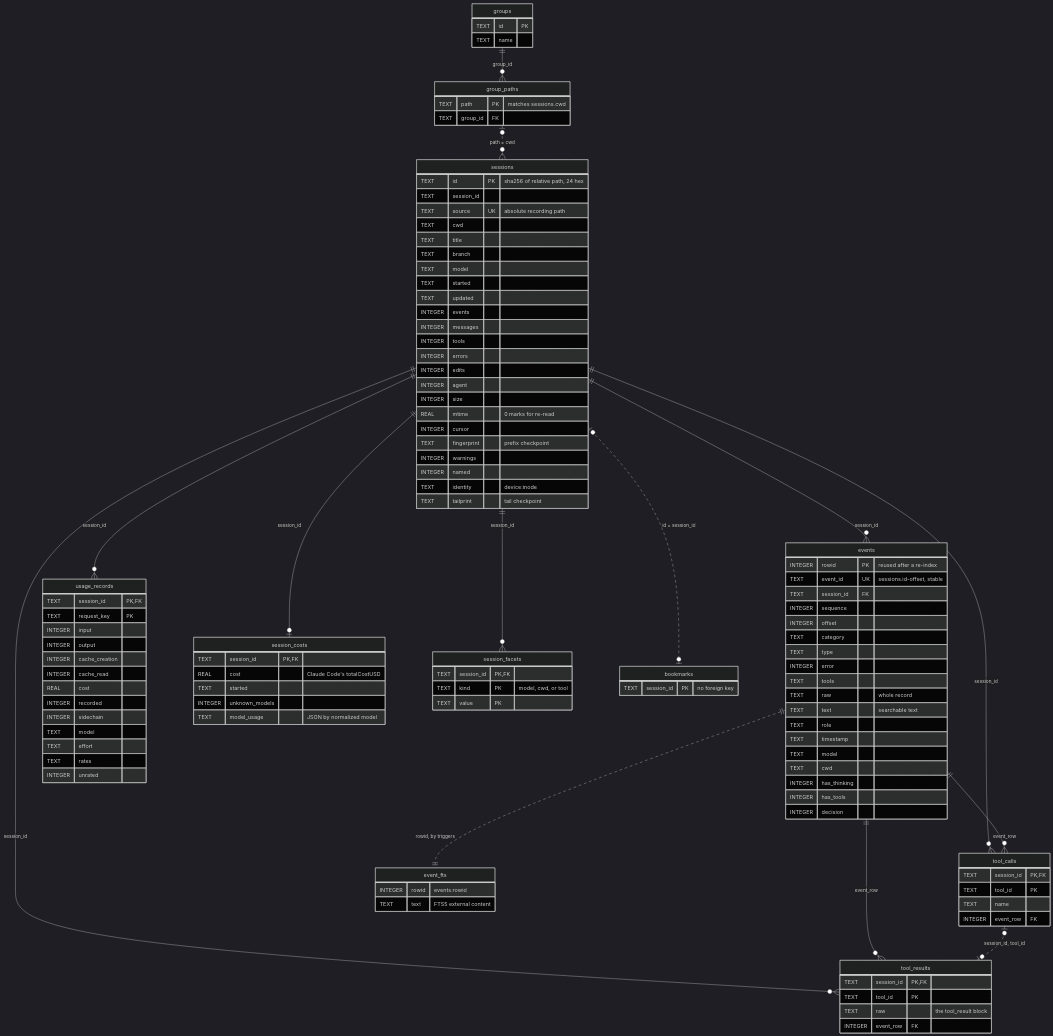
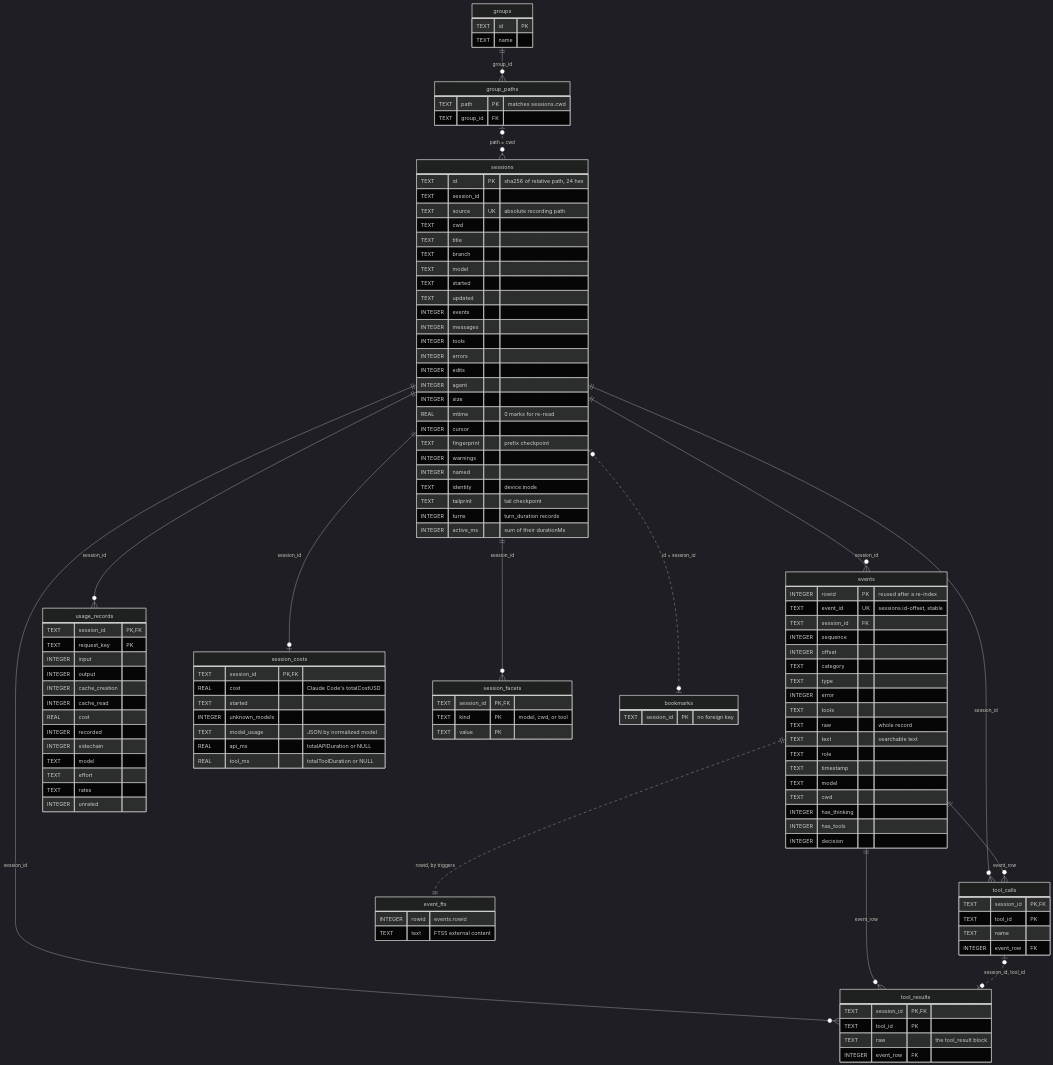
Before and after one commit to fantomc0der/claude-blackbox: the diagram in docs/sqlite-schema.md, drawn with Mermaid (dark theme). The commit also changed other lines of this file and 17 other files, not shown here.

First line of the commit message:
Measure active time from Claude Code's turn durations and show its API, tool, and thinking time (#122)

```diff
--- a/docs/sqlite-schema.md
+++ b/docs/sqlite-schema.md
@@ -86,6 +86,8 @@
     INTEGER named
     TEXT identity "device:inode"
     TEXT tailprint "tail checkpoint"
+    INTEGER turns "turn_duration records"
+    INTEGER active_ms "sum of their durationMs"
   }
   events {
     INTEGER rowid PK "reused after a re-index"
@@ -132,6 +134,8 @@
     TEXT started
     INTEGER unknown_models
     TEXT model_usage "JSON by normalized model"
+    REAL api_ms "totalAPIDuration or NULL"
+    REAL tool_ms "totalToolDuration or NULL"
   }
   tool_calls {
     TEXT session_id PK, FK
```
